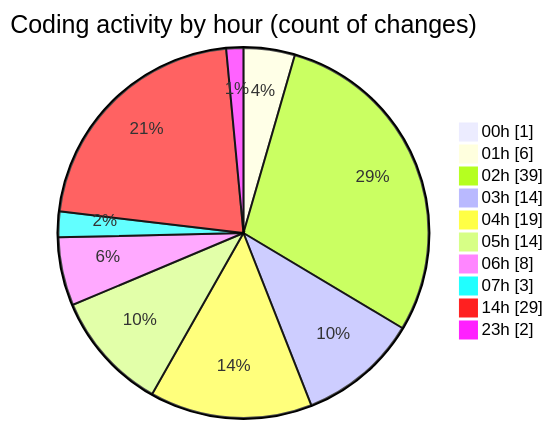
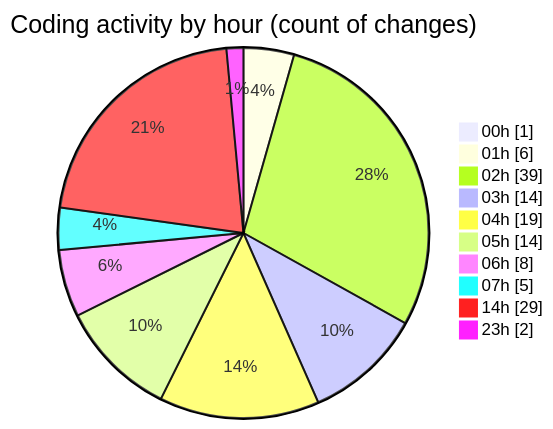
Before and after one commit to charlie-sans/code-tracking: the second of 2 diagrams in 2025-02-19/masm/README.md, drawn with Mermaid. The commit also changed other lines of this file and 1 other file, not shown here.

````diff
--- a/2025-02-19/masm/README.md
+++ b/2025-02-19/masm/README.md
@@ -53,14 +53,14 @@
 ```mermaid
 pie showData
 title Coding activity by hour (count of changes)
 "00h" : 1
 "01h" : 6
 "02h" : 39
 "03h" : 14
 "04h" : 19
 "05h" : 14
 "06h" : 8
-"07h" : 3
+"07h" : 5
 "14h" : 29
 "23h" : 2
 ```
````
